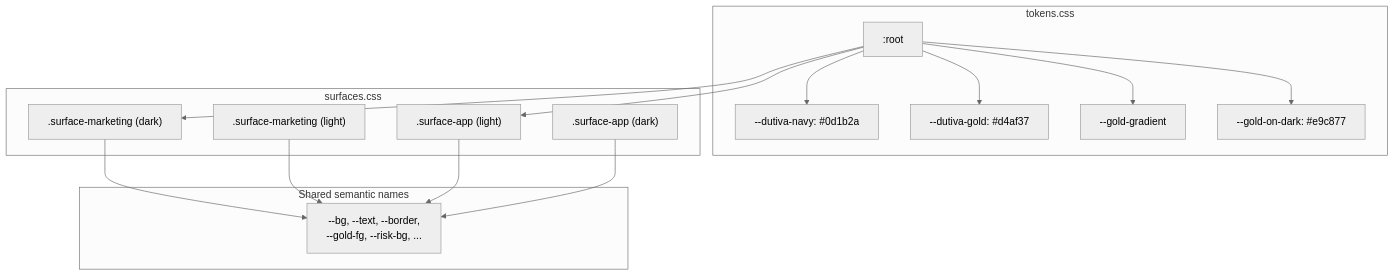
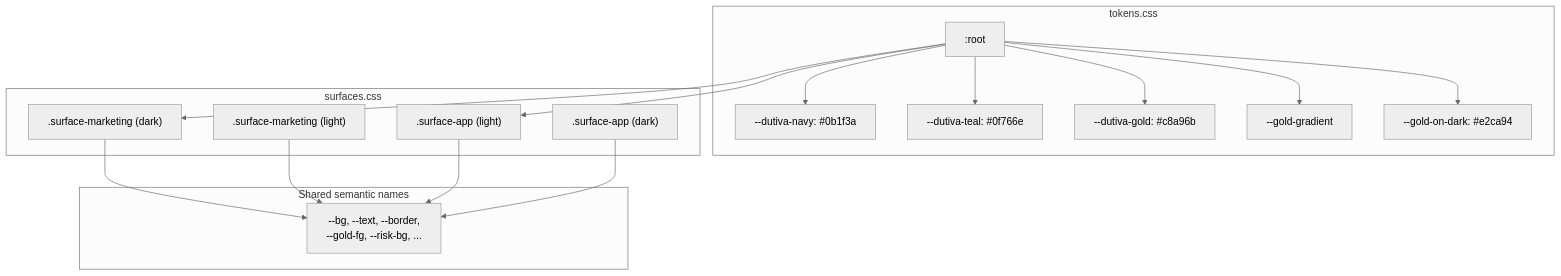
The first of 5 diagrams in docs/wiki/Conventions-Canonical-Facts.md (Dutiva-Canada/Dutiva_Web), drawn with Mermaid (neutral theme) before and after one commit. The commit also changed other lines of this file and 127 other files, not shown here.

````diff
--- a/docs/wiki/Conventions-Canonical-Facts.md
+++ b/docs/wiki/Conventions-Canonical-Facts.md
@@ -93,29 +95,30 @@
 ```mermaid
 graph TD
     subgraph "tokens.css"
         Root[":root"]
-        Root --> Navy["--dutiva-navy: #0d1b2a"]
-        Root --> Gold["--dutiva-gold: #d4af37"]
+        Root --> Navy["--dutiva-navy: #0b1f3a"]
+        Root --> Teal["--dutiva-teal: #0f766e"]
+        Root --> Gold["--dutiva-gold: #c8a96b"]
         Root --> GoldGrad["--gold-gradient"]
-        Root --> GoldOnDark["--gold-on-dark: #e9c877"]
+        Root --> GoldOnDark["--gold-on-dark: #e2ca94"]
     end
 
     subgraph "surfaces.css"
         MktDark[".surface-marketing (dark)"]
         MktLight[".surface-marketing (light)"]
         AppLight[".surface-app (light)"]
         AppDark[".surface-app (dark)"]
     end
 
     subgraph "Shared semantic names"
         Sem["--bg, --text, --border,\n--gold-fg, --risk-bg, ..."]
     end
 
     MktDark --> Sem
     MktLight --> Sem
     AppLight --> Sem
     AppDark --> Sem
 
     Root --> MktDark
     Root --> AppLight
 ```
````
